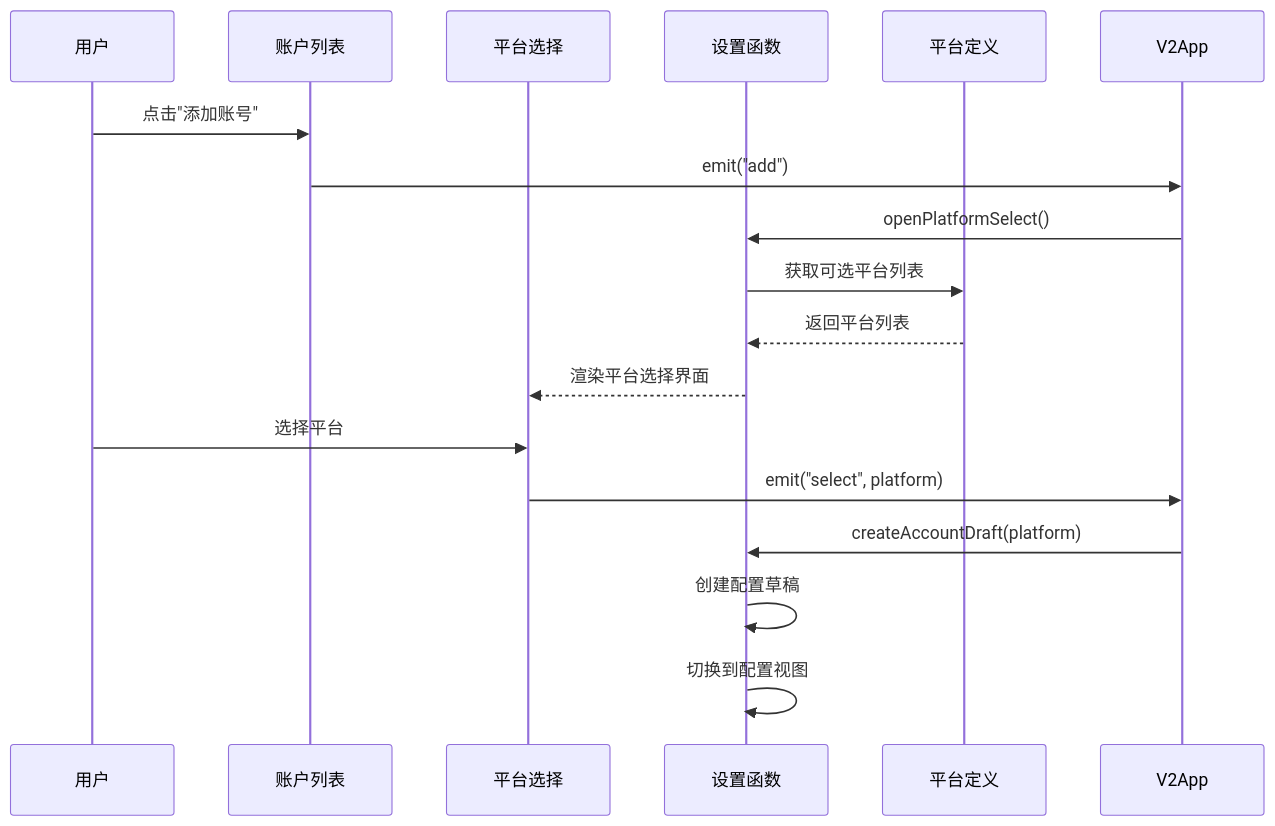
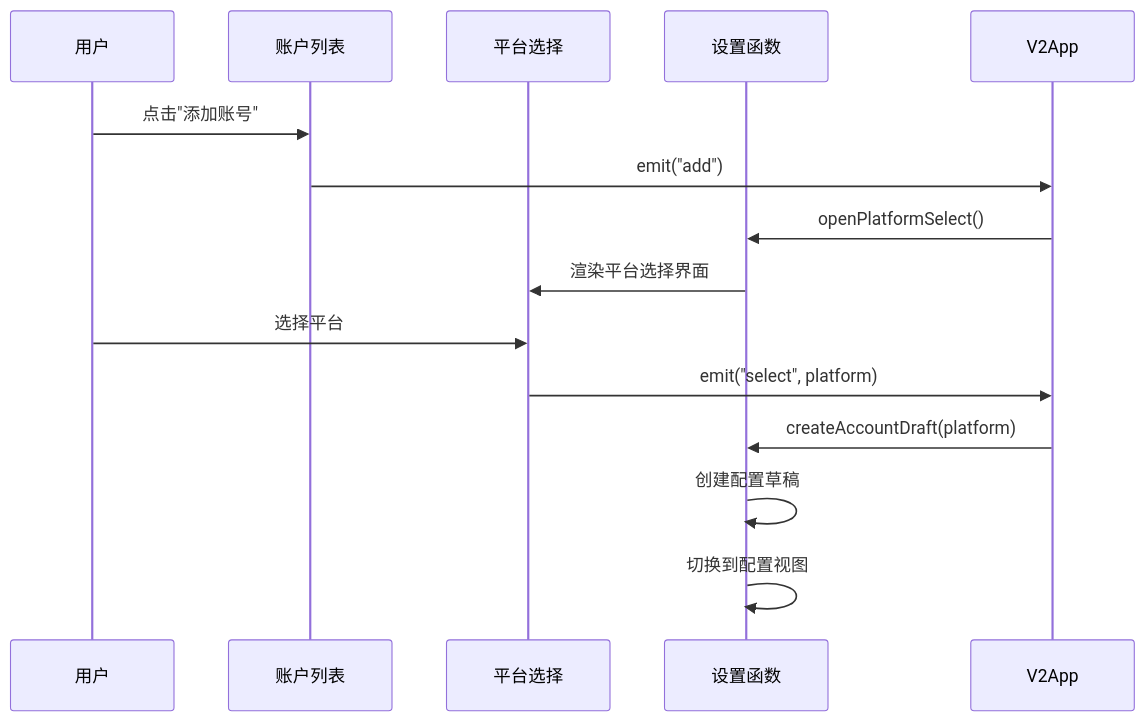
One commit to terwer/siyuan-plugin-publisher changed the sixth of 9 diagrams in .qoder/repowiki/zh/content/V2 Account List Component.md. Above: the diagram before and after it, drawn with Mermaid. The commit also changed other lines of this file and 27 other files, not shown here.

````diff
--- a/.qoder/repowiki/zh/content/V2 Account List Component.md
+++ b/.qoder/repowiki/zh/content/V2 Account List Component.md
@@ -335,19 +302,16 @@
 ```mermaid
 sequenceDiagram
 participant User as 用户
 participant V2AccountList as 账户列表
 participant V2PlatformSelect as 平台选择
 participant useV2Settings as 设置函数
-participant Platform as 平台定义
 User->>V2AccountList : 点击"添加账号"
 V2AccountList->>V2App : emit("add")
 V2App->>useV2Settings : openPlatformSelect()
-useV2Settings->>Platform : 获取可选平台列表
-Platform-->>useV2Settings : 返回平台列表
-useV2Settings-->>V2PlatformSelect : 渲染平台选择界面
+useV2Settings->>V2PlatformSelect : 渲染平台选择界面
 User->>V2PlatformSelect : 选择平台
 V2PlatformSelect->>V2App : emit("select", platform)
 V2App->>useV2Settings : createAccountDraft(platform)
 useV2Settings->>useV2Settings : 创建配置草稿
 useV2Settings->>useV2Settings : 切换到配置视图
 ```
````
